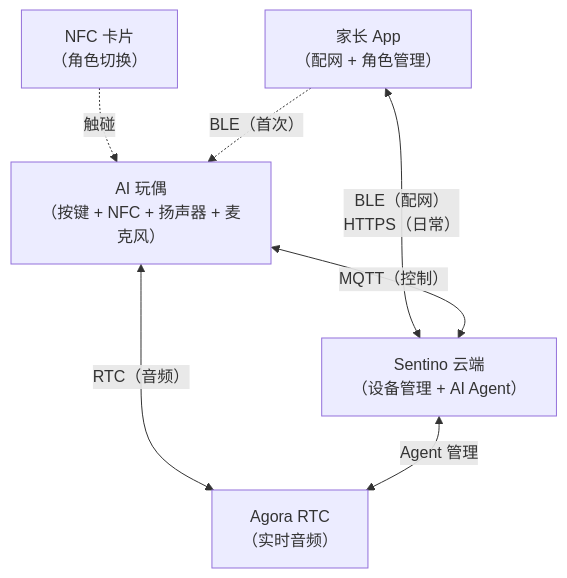
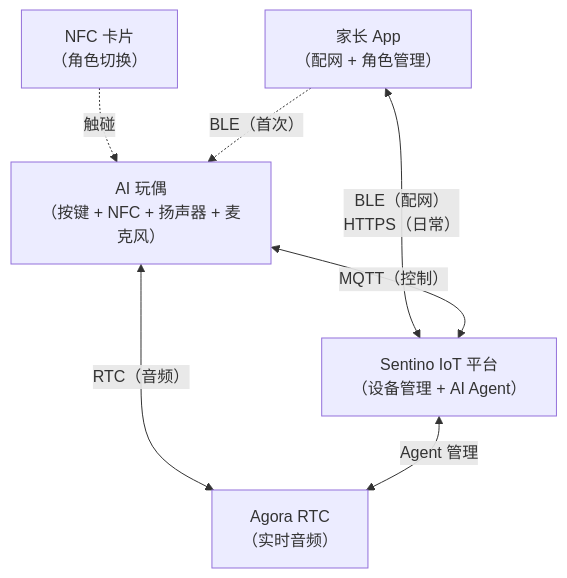
Before and after one commit to sentino-jp/iot-docs: the first of 7 diagrams in solution-ai-toy.md, drawn with Mermaid. The commit also changed other lines of this file and 5 other files, not shown here.

````diff
--- a/solution-ai-toy.md
+++ b/solution-ai-toy.md
@@ -22,15 +22,15 @@
 ```mermaid
 graph TD
     Toy["AI 玩偶<br/>（按键 + NFC + 扬声器 + 麦克风）"]
     App["家长 App<br/>（配网 + 角色管理）"]
-    Cloud["Sentino 云端<br/>（设备管理 + AI Agent）"]
+    Cloud["Sentino IoT 平台<br/>（设备管理 + AI Agent）"]
     Agora["Agora RTC<br/>（实时音频）"]
     NFC["NFC 卡片<br/>（角色切换）"]
 
     App <-->|"BLE（配网）<br/>HTTPS（日常）"| Cloud
     Toy <-->|"MQTT（控制）"| Cloud
     Toy <-->|"RTC（音频）"| Agora
     Cloud <-->|"Agent 管理"| Agora
     NFC -.->|"触碰"| Toy
     App -.->|"BLE（首次）"| Toy
 ```
````
